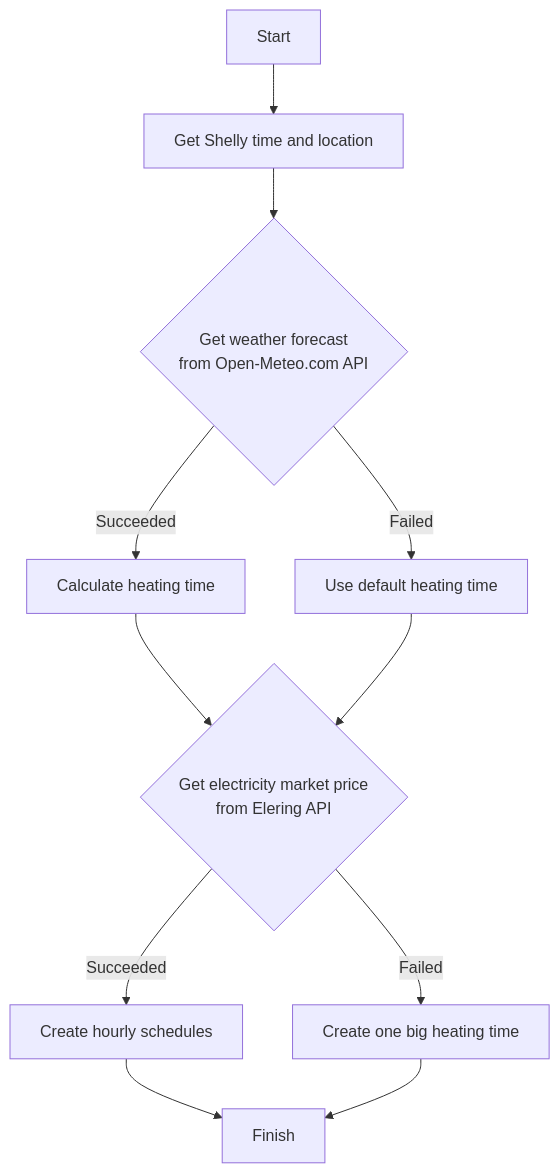
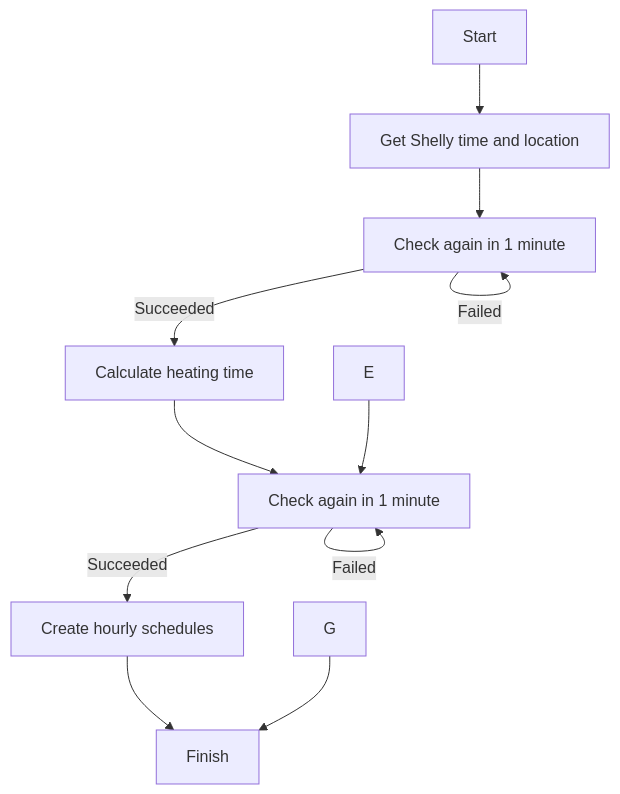
Before and after one commit to LeivoSepp/Smart-heating-management-with-Shelly: the diagram in README.md, drawn with Mermaid.

Commit message:
update mermaid

````diff
--- a/README.md
+++ b/README.md
@@ -188,13 +188,13 @@
 ```mermaid
 flowchart TD
     0[Start] --> A
     A[Get Shelly time and location] --> B{Get weather forecast <br> from Open-Meteo.com API}
     B -- Succeeded --> C[Calculate heating time]
     C --> D{Get electricity market price <br> from Elering API}
-    B -- Failed --> E[Use default heating time]
+    B -- Failed --> B[Check again in 1 minute]
     E --> D
     D -- Succeeded --> F[Create hourly schedules]
-    D -- Failed --> G[Create one big heating time]
+    D -- Failed --> D[Check again in 1 minute]
     F --> H[Finish]
     G --> H
 ```
````
